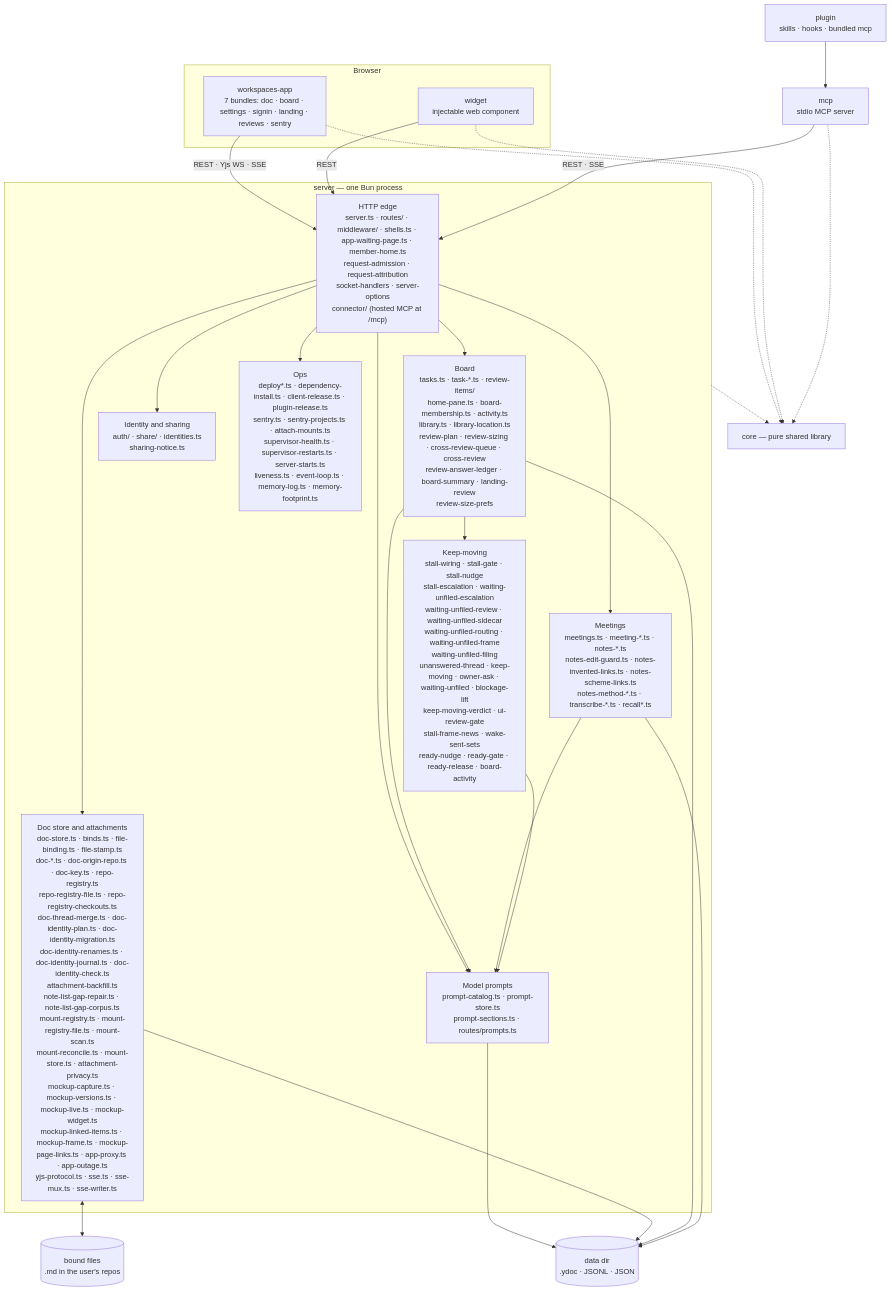
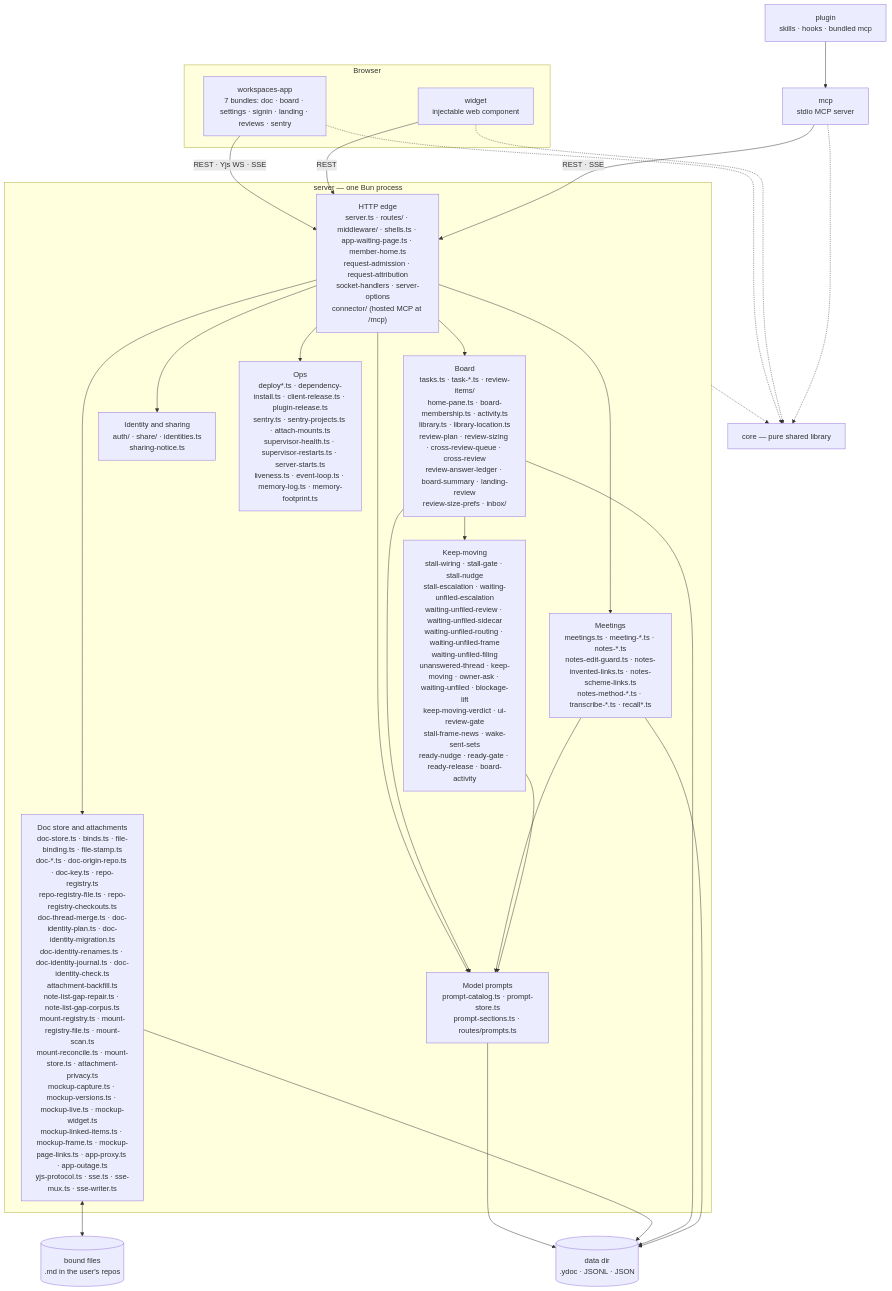
One commit to fryanpan/claude-workspace-plugin changed the first of 2 diagrams in docs/architecture/overview.md. Above: the diagram before and after it, drawn with Mermaid. The commit also changed other lines of this file and 39 other files, not shown here.

````diff
--- a/docs/architecture/overview.md
+++ b/docs/architecture/overview.md
@@ -45,35 +45,35 @@
 ```mermaid
 flowchart TB
   subgraph browser[Browser]
     app["workspaces-app<br/>7 bundles: doc · board · settings · signin · landing · reviews · sentry"]
     wid["widget<br/>injectable web component"]
   end
   plug["plugin<br/>skills · hooks · bundled mcp"]
   mcp["mcp<br/>stdio MCP server"]
   subgraph srv["server — one Bun process"]
     edge["HTTP edge<br/>server.ts · routes/ · middleware/ · shells.ts · app-waiting-page.ts · member-home.ts<br/>request-admission · request-attribution<br/>socket-handlers · server-options<br/>connector/ (hosted MCP at /mcp)"]
     docs["Doc store and attachments<br/>doc-store.ts · binds.ts · file-binding.ts · file-stamp.ts<br/>doc-*.ts · doc-origin-repo.ts · doc-key.ts · repo-registry.ts<br/>repo-registry-file.ts · repo-registry-checkouts.ts<br/>doc-thread-merge.ts · doc-identity-plan.ts · doc-identity-migration.ts<br/>doc-identity-renames.ts · doc-identity-journal.ts · doc-identity-check.ts<br/>attachment-backfill.ts<br/>note-list-gap-repair.ts · note-list-gap-corpus.ts<br/>mount-registry.ts · mount-registry-file.ts · mount-scan.ts<br/>mount-reconcile.ts · mount-store.ts · attachment-privacy.ts<br/>mockup-capture.ts · mockup-versions.ts · mockup-live.ts · mockup-widget.ts<br/>mockup-linked-items.ts · mockup-frame.ts · mockup-page-links.ts · app-proxy.ts · app-outage.ts<br/>yjs-protocol.ts · sse.ts · sse-mux.ts · sse-writer.ts"]
-    board["Board<br/>tasks.ts · task-*.ts · review-items/<br/>home-pane.ts · board-membership.ts · activity.ts<br/>library.ts · library-location.ts<br/>review-plan · review-sizing · cross-review-queue · cross-review<br/>review-answer-ledger · board-summary · landing-review<br/>review-size-prefs"]
+    board["Board<br/>tasks.ts · task-*.ts · review-items/<br/>home-pane.ts · board-membership.ts · activity.ts<br/>library.ts · library-location.ts<br/>review-plan · review-sizing · cross-review-queue · cross-review<br/>review-answer-ledger · board-summary · landing-review<br/>review-size-prefs · inbox/"]
     meet["Meetings<br/>meetings.ts · meeting-*.ts · notes-*.ts<br/>notes-edit-guard.ts · notes-invented-links.ts · notes-scheme-links.ts<br/>notes-method-*.ts · transcribe-*.ts · recall*.ts"]
     keep["Keep-moving<br/>stall-wiring · stall-gate · stall-nudge<br/>stall-escalation · waiting-unfiled-escalation<br/>waiting-unfiled-review · waiting-unfiled-sidecar<br/>waiting-unfiled-routing · waiting-unfiled-frame<br/>waiting-unfiled-filing<br/>unanswered-thread · keep-moving · owner-ask · waiting-unfiled · blockage-lift<br/>keep-moving-verdict · ui-review-gate<br/>stall-frame-news · wake-sent-sets<br/>ready-nudge · ready-gate · ready-release · board-activity"]
     ident["Identity and sharing<br/>auth/ · share/ · identities.ts<br/>sharing-notice.ts"]
     prompts["Model prompts<br/>prompt-catalog.ts · prompt-store.ts<br/>prompt-sections.ts · routes/prompts.ts"]
     ops["Ops<br/>deploy*.ts · dependency-install.ts · client-release.ts · plugin-release.ts<br/>sentry.ts · sentry-projects.ts · attach-mounts.ts<br/>supervisor-health.ts · supervisor-restarts.ts · server-starts.ts<br/>liveness.ts · event-loop.ts · memory-log.ts · memory-footprint.ts"]
   end
   core["core — pure shared library"]
   disk[("data dir<br/>.ydoc · JSONL · JSON")]
   files[("bound files<br/>.md in the user's repos")]
 
   app -->|"REST · Yjs WS · SSE"| edge
   wid -->|REST| edge
   plug --> mcp
   mcp -->|"REST · SSE"| edge
   edge --> docs & board & meet & ident & ops & prompts
   board & meet & keep --> prompts
   prompts --> disk
   board --> keep
   docs <--> files
   docs & board & meet --> disk
   app & wid & mcp -.-> core
   srv -.-> core
 ```
````
